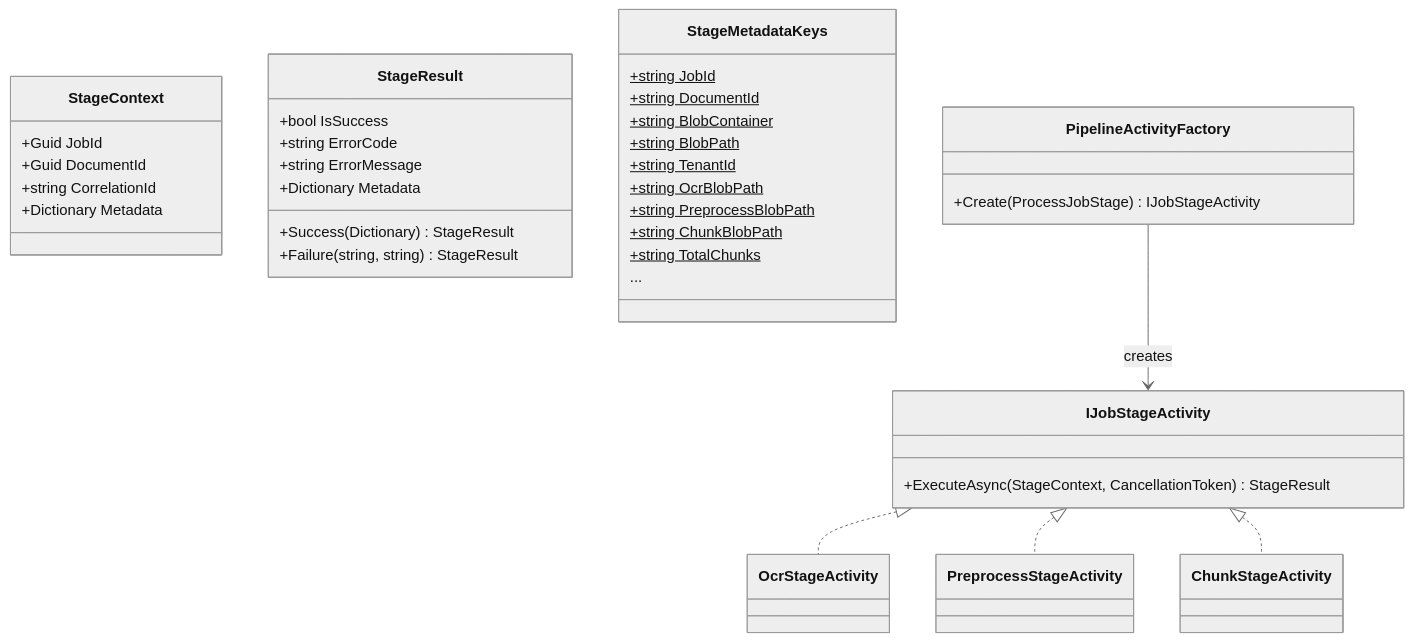
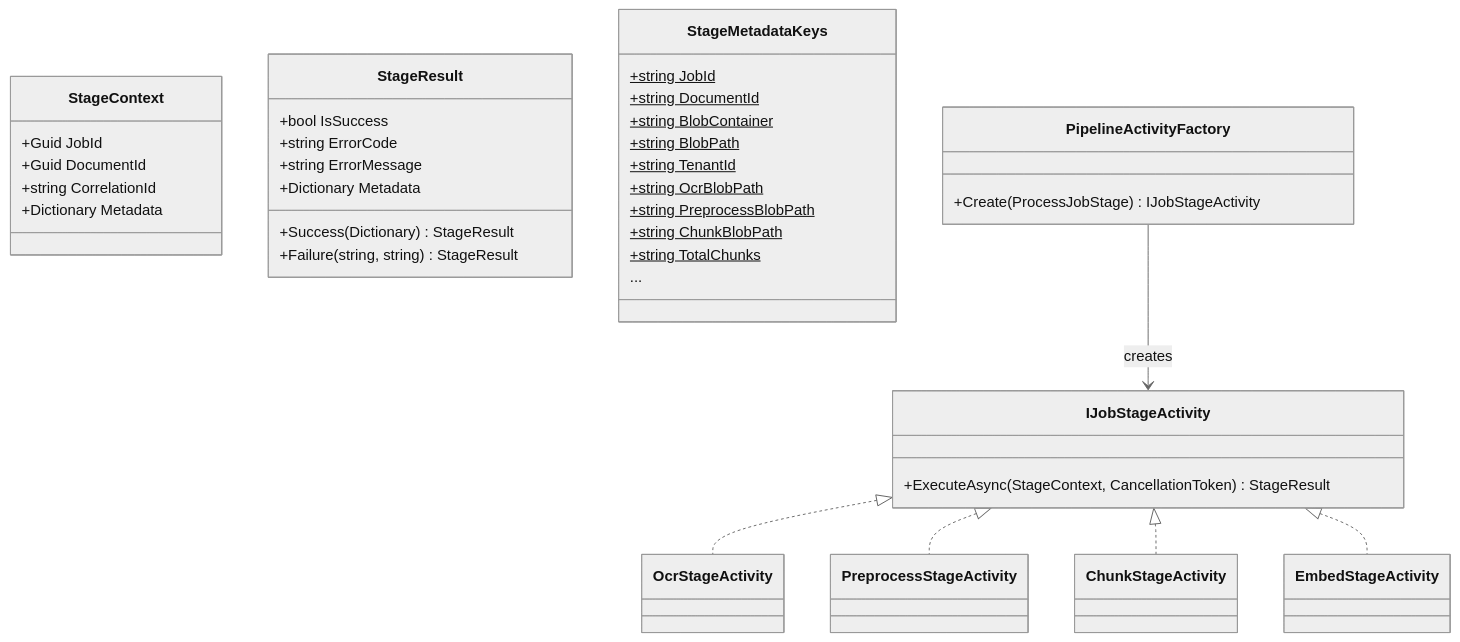
One commit to anton-kochev/doc-ai-azure-pipeline changed the first of 2 diagrams in docproc/docs/business-logic/pipeline-stages.md. Above: the diagram before and after it, drawn with Mermaid (neutral theme). The commit also changed other lines of this file and 3 other files, not shown here.

````diff
--- a/docproc/docs/business-logic/pipeline-stages.md
+++ b/docproc/docs/business-logic/pipeline-stages.md
@@ -20,40 +20,41 @@
 ```mermaid
 classDiagram
     class IJobStageActivity {
         +ExecuteAsync(StageContext, CancellationToken) StageResult
     }
     class StageContext {
         +Guid JobId
         +Guid DocumentId
         +string CorrelationId
         +Dictionary Metadata
     }
     class StageResult {
         +bool IsSuccess
         +string ErrorCode
         +string ErrorMessage
         +Dictionary Metadata
         +Success(Dictionary) StageResult
         +Failure(string, string) StageResult
     }
     class StageMetadataKeys {
         +string JobId$
         +string DocumentId$
         +string BlobContainer$
         +string BlobPath$
         +string TenantId$
         +string OcrBlobPath$
         +string PreprocessBlobPath$
         +string ChunkBlobPath$
         +string TotalChunks$
         ...
     }
     class PipelineActivityFactory {
         +Create(ProcessJobStage) IJobStageActivity
     }
 
     IJobStageActivity <|.. OcrStageActivity
     IJobStageActivity <|.. PreprocessStageActivity
     IJobStageActivity <|.. ChunkStageActivity
+    IJobStageActivity <|.. EmbedStageActivity
     PipelineActivityFactory --> IJobStageActivity : creates
 ```
````
